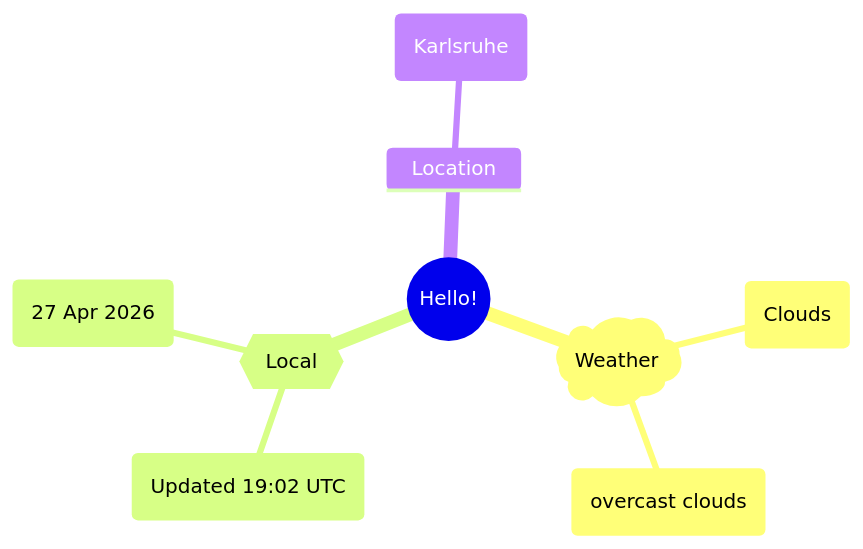
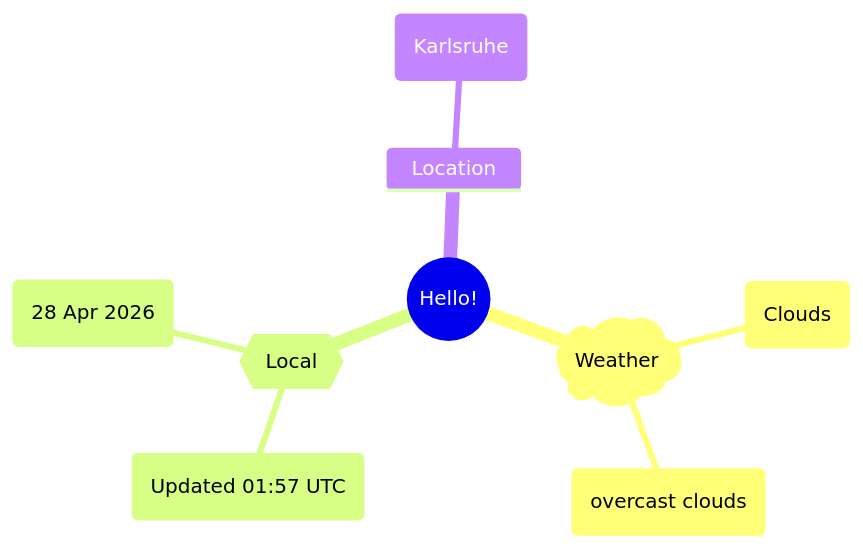
Before and after one commit to Xosrov/Xosrov: the first of 2 diagrams in README.md, drawn with Mermaid.

Commit message:
[bot] updated images

````diff
--- a/README.md
+++ b/README.md
@@ -3,12 +3,12 @@
 ```mermaid
 mindmap
   root((Hello!))
     )Weather(
         (Clouds)
         (overcast clouds)
     {{Local}}
-        (Updated 19:02 UTC)
-        (27 Apr 2026)
+        (Updated 01:57 UTC)
+        (28 Apr 2026)
     Location
         (Karlsruhe)
 ```
````
